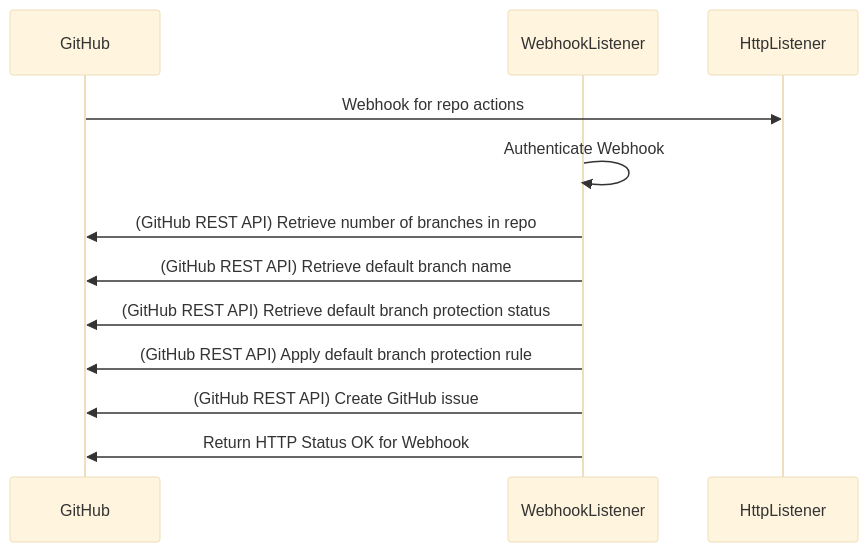
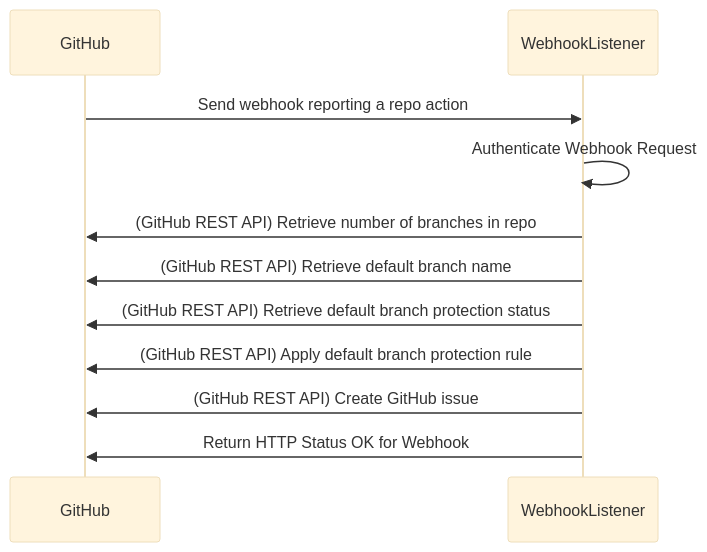
The diagram in README.md (shiny-spoon/protect), drawn with Mermaid (base theme) before and after one commit.

Commit message:
diagram update

````diff
--- a/README.md
+++ b/README.md
@@ -30,13 +30,13 @@
 ```mermaid
 sequenceDiagram
     participant GitHub
     participant WebhookListener
-    GitHub->>HttpListener: Webhook for repo actions
-    WebhookListener->>WebhookListener: Authenticate Webhook
+    GitHub->>WebhookListener: Send webhook reporting a repo action
+    WebhookListener->>WebhookListener: Authenticate Webhook Request
     WebhookListener->>GitHub: (GitHub REST API) Retrieve number of branches in repo
     WebhookListener->>GitHub: (GitHub REST API) Retrieve default branch name
     WebhookListener->>GitHub: (GitHub REST API) Retrieve default branch protection status
     WebhookListener->>GitHub: (GitHub REST API) Apply default branch protection rule
     WebhookListener->>GitHub: (GitHub REST API) Create GitHub issue
     WebhookListener->>GitHub: Return HTTP Status OK for Webhook
 ```
````
